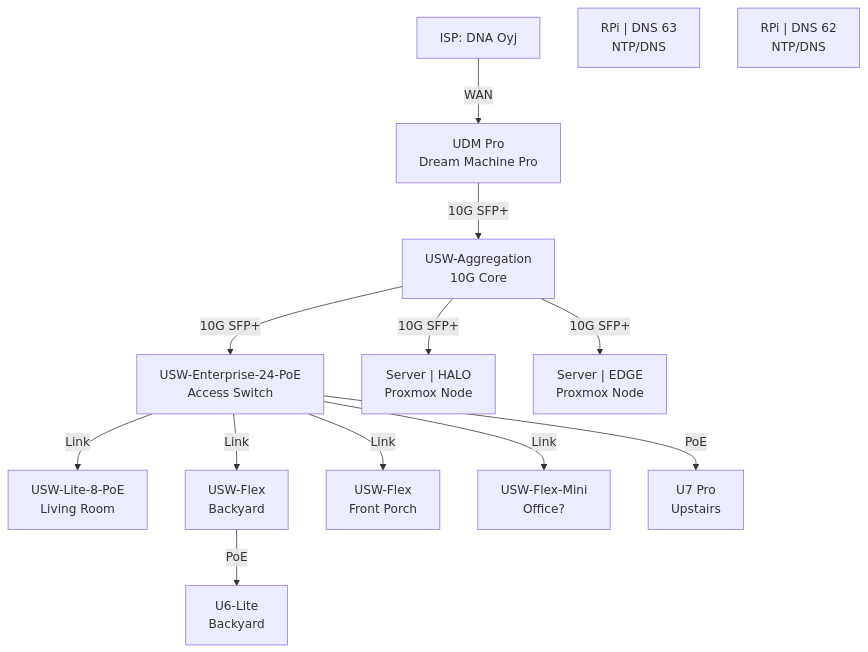
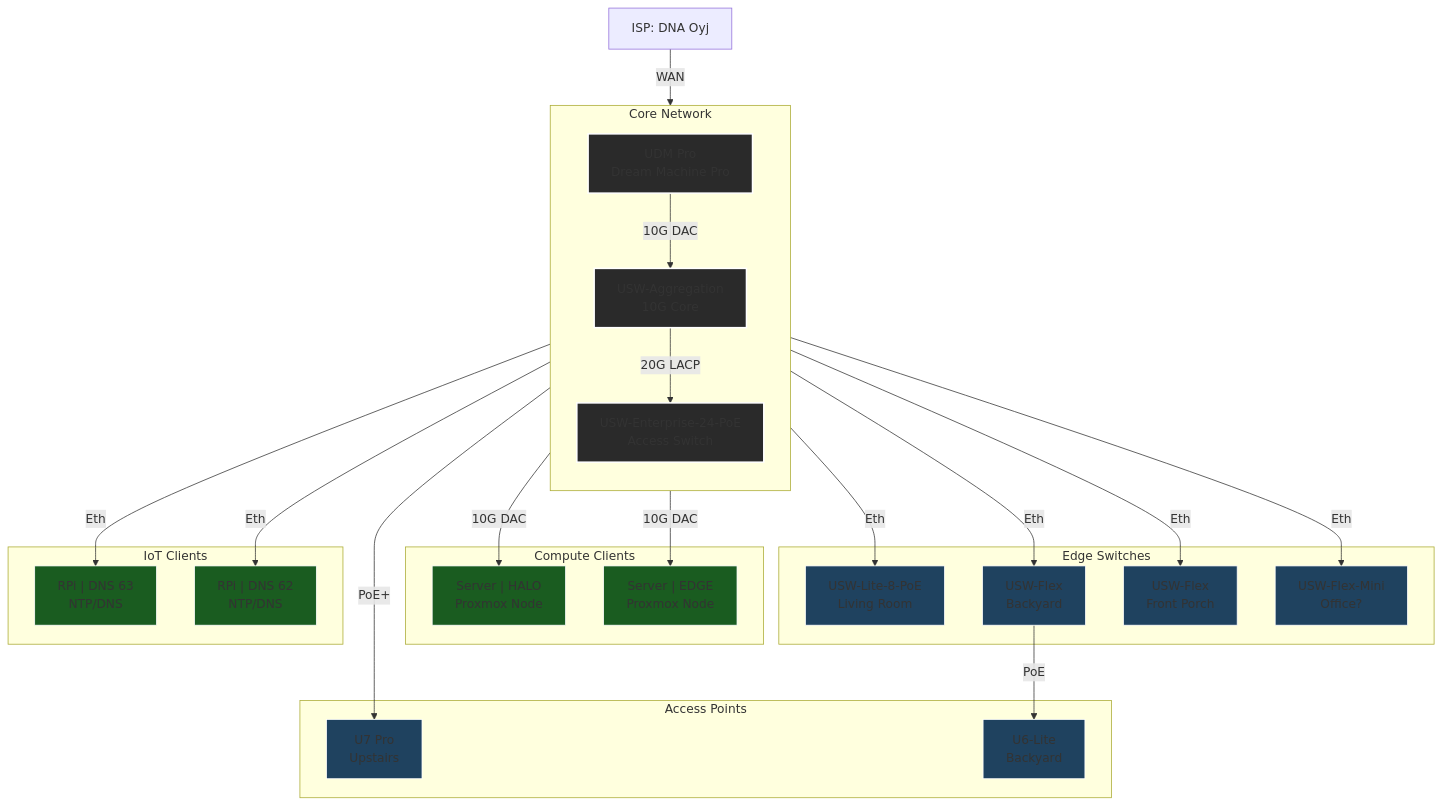
Before and after one commit to EvisHome/EvisHomeLab: the diagram in docs/home-lab/network_topology.md, drawn with Mermaid.

````diff
--- a/docs/home-lab/network_topology.md
+++ b/docs/home-lab/network_topology.md
@@ -21,41 +21,60 @@
 ```mermaid
 graph TD
-    %% Nodes
+    %% Define Styles
+    classDef core fill:#2a2a2a,stroke:#fff,stroke-width:2px;
+    classDef edge fill:#1f425f,stroke:#fff,stroke-width:1px;
+    classDef client fill:#1a5c20,stroke:#fff,stroke-width:1px;
+
+    %% Nodes grouped by location/logic to force cleaner layout
     ISP["ISP: DNA Oyj"]
-    UDM["UDM Pro\nDream Machine Pro"]
-    Agg["USW-Aggregation\n10G Core"]
-    Ent["USW-Enterprise-24-PoE\nAccess Switch"]
+
+    subgraph Core_Net [Core Network]
+        direction TB
+        UDM["UDM Pro\nDream Machine Pro"]:::core
+        Agg["USW-Aggregation\n10G Core"]:::core
+        Ent["USW-Enterprise-24-PoE\nAccess Switch"]:::core
+    end
     
-    %% Downstream Switches
-    Lite8["USW-Lite-8-PoE\nLiving Room"]
-    FlexBack["USW-Flex\nBackyard"]
-    FlexFront["USW-Flex\nFront Porch"]
-    FlexMini["USW-Flex-Mini\nOffice?"]
+    subgraph Servers [Compute Clients]
+        Halo["Server | HALO\nProxmox Node"]:::client
+        Edge["Server | EDGE\nProxmox Node"]:::client
+    end
     
-    %% Access Points
-    U7Pro["U7 Pro\nUpstairs"]
-    U6Lite["U6-Lite\nBackyard"]
+    subgraph Downstream [Edge Switches]
+        Lite8["USW-Lite-8-PoE\nLiving Room"]:::edge
+        FlexBack["USW-Flex\nBackyard"]:::edge
+        FlexFront["USW-Flex\nFront Porch"]:::edge
+        FlexMini["USW-Flex-Mini\nOffice?"]:::edge
+    end
+    
+    subgraph Wireless [Access Points]
+        U7Pro["U7 Pro\nUpstairs"]:::edge
+        U6Lite["U6-Lite\nBackyard"]:::edge
+    end
 
-    %% Key Clients
-    Halo["Server | HALO\nProxmox Node"]
-    Edge["Server | EDGE\nProxmox Node"]
-    PiDNS1["RPi | DNS 63\nNTP/DNS"]
-    PiDNS2["RPi | DNS 62\nNTP/DNS"]
+    subgraph IoT [IoT Clients]
+        PiDNS1["RPi | DNS 63\nNTP/DNS"]:::client
+        PiDNS2["RPi | DNS 62\nNTP/DNS"]:::client
+    end
 
-    %% Connections
+    %% Main Backbone Connections
     ISP -->|WAN| UDM
-    UDM -->|10G SFP+| Agg
+    UDM -->|10G DAC| Agg
+    Agg -->|20G LACP| Ent
     
-    Agg -->|10G SFP+| Ent
-    Agg -->|10G SFP+| Halo
-    Agg -->|10G SFP+| Edge
+    %% Server Connections (Direct from Aggregation)
+    Agg -->|10G DAC| Halo
+    Agg -->|10G DAC| Edge
     
-    Ent -->|Link| Lite8
-    Ent -->|Link| FlexBack
-    Ent -->|Link| FlexFront
-    Ent -->|Link| FlexMini
+    %% Downstream Switch Connections (From Enterprise)
+    Ent -->|Eth| Lite8
+    Ent -->|Eth| FlexBack
+    Ent -->|Eth| FlexFront
+    Ent -->|Eth| FlexMini
+    Ent -->|Eth| PiDNS1
+    Ent -->|Eth| PiDNS2
     
-    %% Wireless Links
-    Ent -->|PoE| U7Pro
+    %% Wireless & PoE Chain
+    Ent -->|PoE+| U7Pro
     FlexBack -->|PoE| U6Lite
 ```
````
